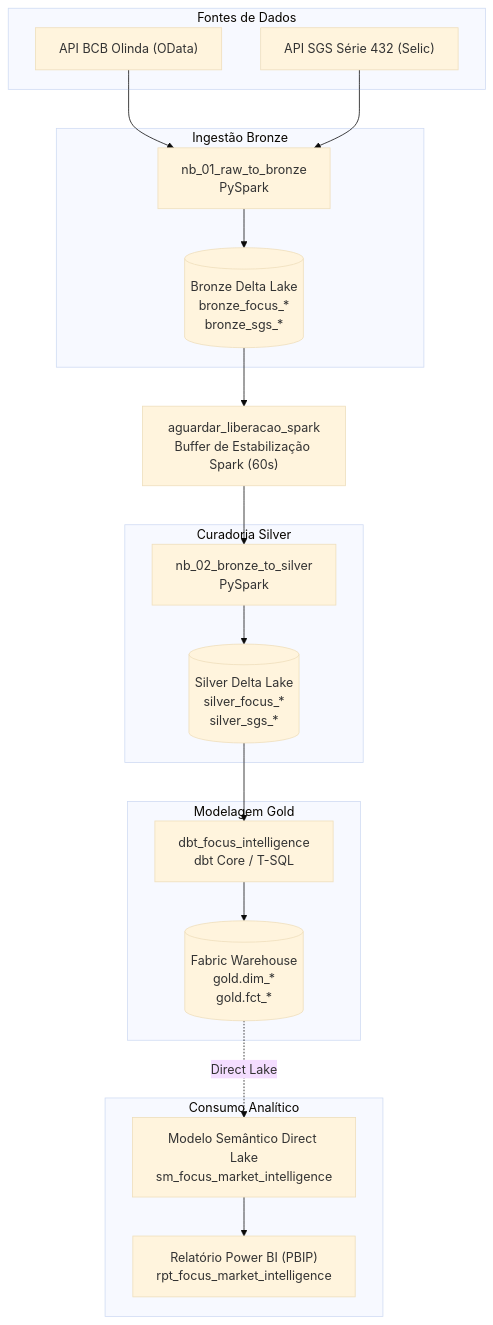
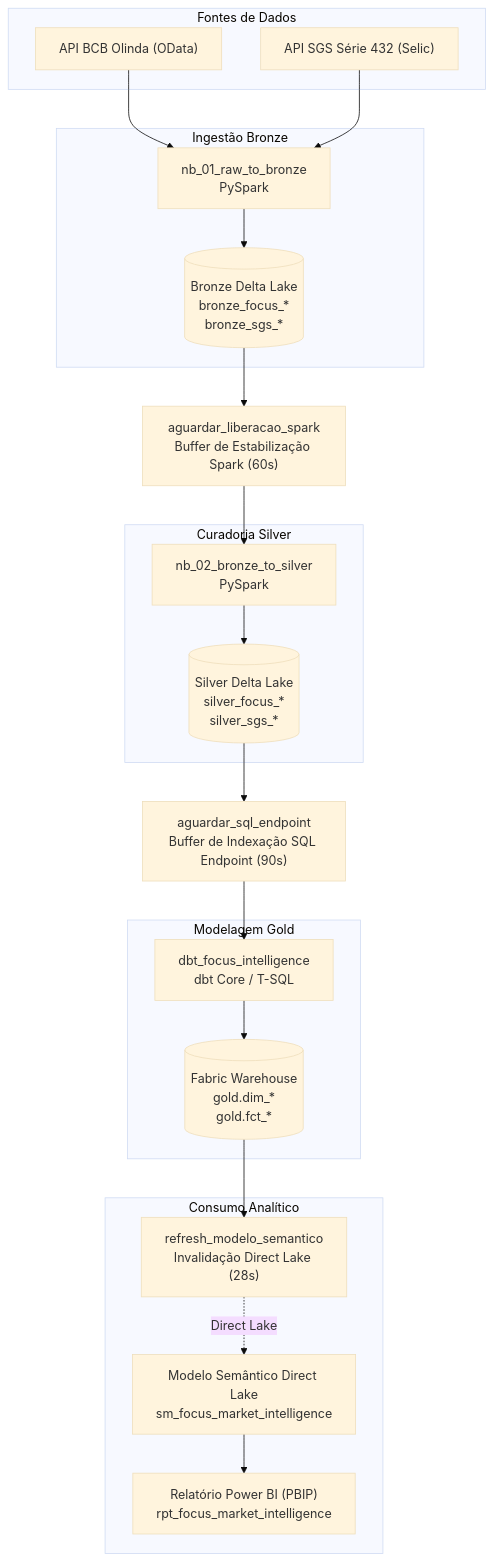
One commit to leoserpa/fabric-focus-market-intelligence changed the diagram in docs/pt-br/referencia/dicionario-de-dados.md. Above: the diagram before and after it, drawn with Mermaid (base theme). The commit also changed 9 other files, not shown here.

First line of the commit message:
docs: update architecture diagrams and pipeline execution evidence for 6-stage fabric workflow

````diff
--- a/docs/pt-br/referencia/dicionario-de-dados.md
+++ b/docs/pt-br/referencia/dicionario-de-dados.md
@@ -9,38 +9,41 @@
 ```mermaid
 flowchart TD
     subgraph Fontes ["Fontes de Dados"]
         API1["API BCB Olinda (OData)"]
         API2["API SGS Série 432 (Selic)"]
     end
 
     subgraph Ingestao ["Ingestão Bronze"]
         NB1["nb_01_raw_to_bronze<br/>PySpark"]
         BRONZE[("Bronze Delta Lake<br/>bronze_focus_*<br/>bronze_sgs_*")]
     end
 
     subgraph Tratamento ["Curadoria Silver"]
         NB2["nb_02_bronze_to_silver<br/>PySpark"]
         SILVER[("Silver Delta Lake<br/>silver_focus_*<br/>silver_sgs_*")]
     end
 
     subgraph Modelagem ["Modelagem Gold"]
         DBT["dbt_focus_intelligence<br/>dbt Core / T-SQL"]
         GOLD[("Fabric Warehouse<br/>gold.dim_*<br/>gold.fct_*")]
     end
 
     subgraph Consumo ["Consumo Analítico"]
+        REFRESH["refresh_modelo_semantico<br/>Invalidação Direct Lake (28s)"]
         SM["Modelo Semântico Direct Lake<br/>sm_focus_market_intelligence"]
         RPT["Relatório Power BI (PBIP)<br/>rpt_focus_market_intelligence"]
     end
 
     API1 --> NB1
     API2 --> NB1
     NB1 --> BRONZE
-    BRONZE --> WAIT["aguardar_liberacao_spark<br/>Buffer de Estabilização Spark (60s)"]
-    WAIT --> NB2
+    BRONZE --> WAIT1["aguardar_liberacao_spark<br/>Buffer de Estabilização Spark (60s)"]
+    WAIT1 --> NB2
     NB2 --> SILVER
-    SILVER --> DBT
+    SILVER --> WAIT2["aguardar_sql_endpoint<br/>Buffer de Indexação SQL Endpoint (90s)"]
+    WAIT2 --> DBT
     DBT --> GOLD
-    GOLD -.->|Direct Lake| SM
+    GOLD --> REFRESH
+    REFRESH -.->|Direct Lake| SM
     SM --> RPT
 ```
````
